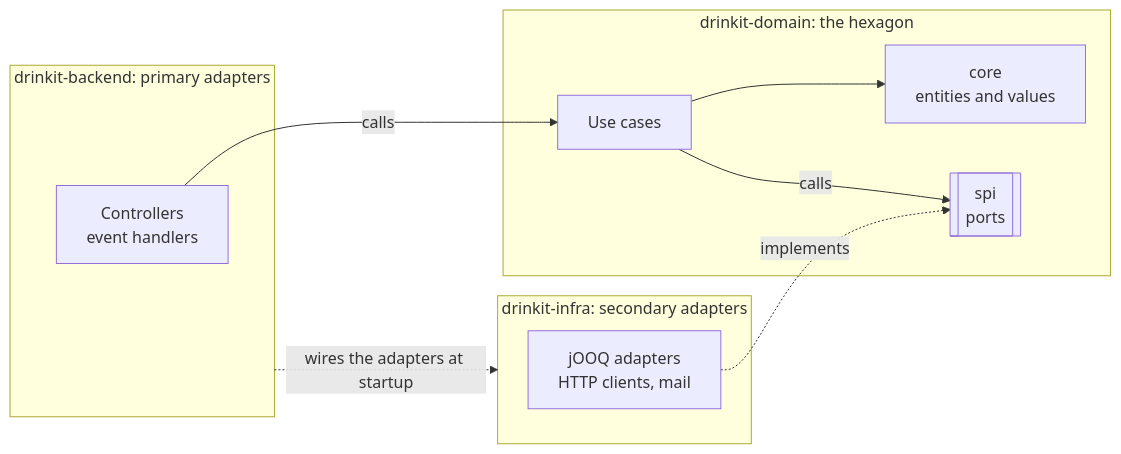
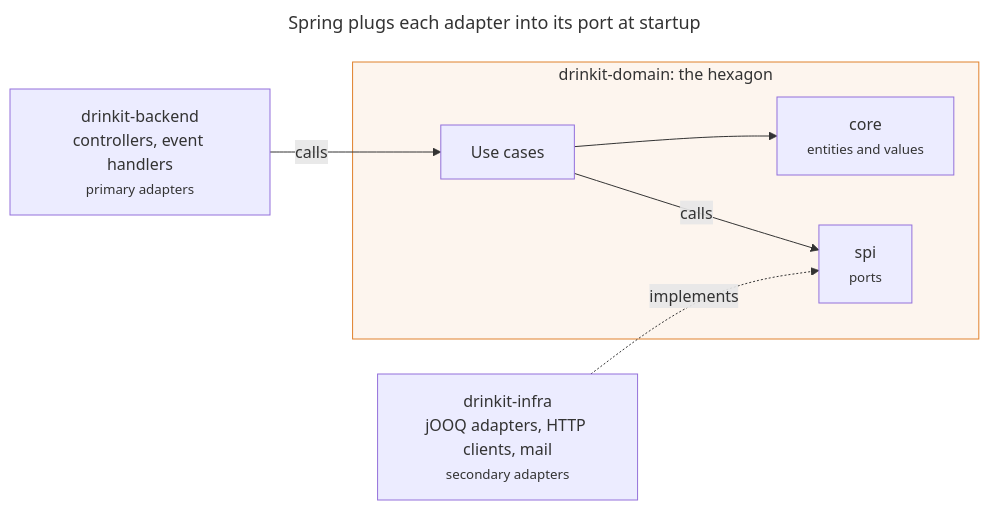
Before and after one commit to mboisnard/drinkit: the diagram in docs/content/en/1.engineering/2.architecture/3.hexagonal-architecture.md, drawn with Mermaid. The commit also changed 8 other files, not shown here.

First line of the commit message:
[DOCUMENTATION] Draw the diagrams as simply as the A+ design (#666)

````diff
--- a/docs/content/en/1.engineering/2.architecture/3.hexagonal-architecture.md
+++ b/docs/content/en/1.engineering/2.architecture/3.hexagonal-architecture.md
@@ -35,19 +35,18 @@
 ```mermaid
+---
+title: Spring plugs each adapter into its port at startup
+---
 flowchart LR
-  subgraph backend["drinkit-backend: primary adapters"]
-    controllers[Controllers<br/>event handlers]
-  end
+  backend["drinkit-backend<br/>controllers, event handlers<br/><small>primary adapters</small>"]
   subgraph domain["drinkit-domain: the hexagon"]
     usecases[Use cases]
-    core[core<br/>entities and values]
-    ports[[spi<br/>ports]]
+    core["core<br/><small>entities and values</small>"]
+    ports["spi<br/><small>ports</small>"]
   end
-  subgraph infra["drinkit-infra: secondary adapters"]
-    adapters[jOOQ adapters<br/>HTTP clients, mail]
-  end
-  controllers -- calls --> usecases
+  infra["drinkit-infra<br/>jOOQ adapters, HTTP clients, mail<br/><small>secondary adapters</small>"]
+  backend -->|calls| usecases
   usecases --> core
-  usecases -- calls --> ports
-  adapters -. implements .-> ports
-  backend -. "wires the adapters at startup" .-> infra
+  usecases -->|calls| ports
+  infra -.->|implements| ports
+  style domain fill:#e0812c14,stroke:#e0812c
 ```
````
